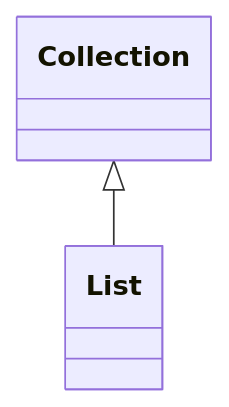
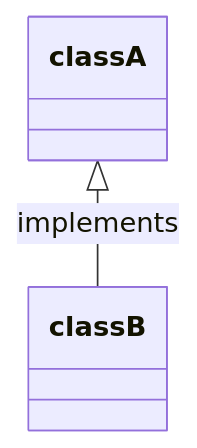
One commit to anchung/ob-technical changed the diagram in src/site/notes/Books/2024/Java In a Nutshell/Chapter 8 - Working with Java Collections 1.md. Above: the diagram before and after it, drawn with Mermaid.

Commit message:
Published multiple files

````diff
--- a/src/site/notes/Books/2024/Java In a Nutshell/Chapter 8 - Working with Java Collections 1.md
+++ b/src/site/notes/Books/2024/Java In a Nutshell/Chapter 8 - Working with Java Collections 1.md
@@ -9,4 +9,4 @@
 ```mermaid
 classDiagram
-Collection <|-- List
+	classA <|-- classB : implements
 ```
````
